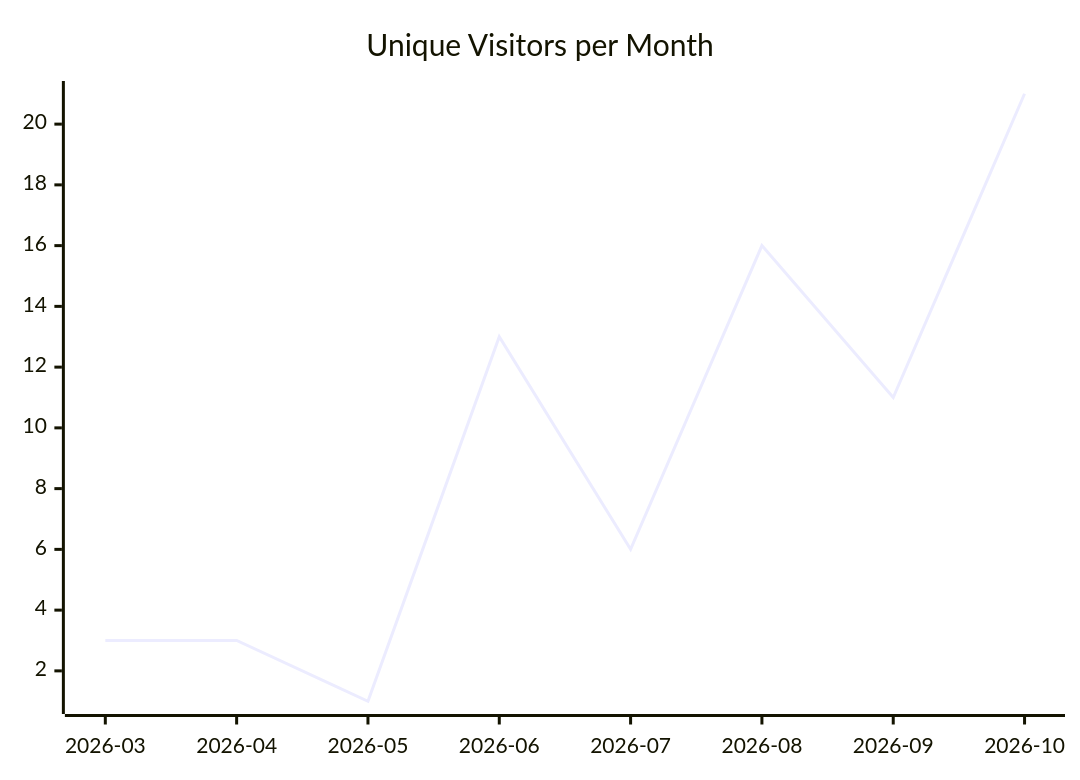
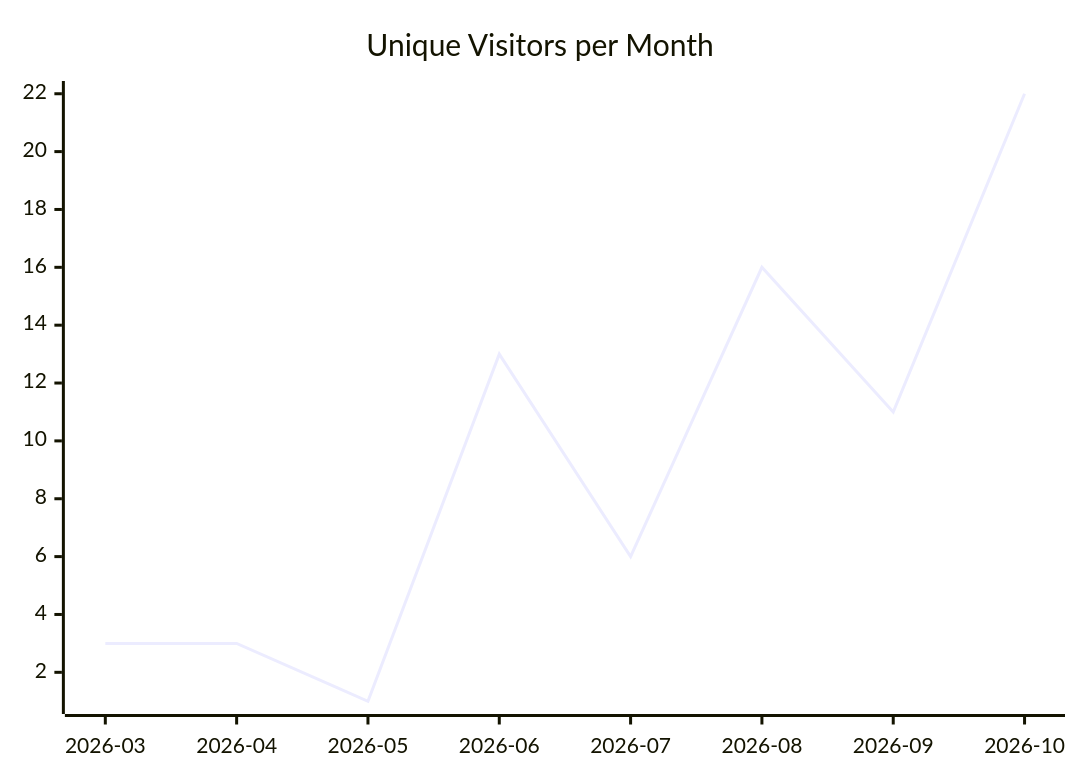
One commit to justdavis-family/github-analytics-data changed the first of 3 diagrams in karlmdavis/rps-tourney/README.md. Above: the diagram before and after it, drawn with Mermaid. The commit also changed other lines of this file and 200 other files, not shown here.

````diff
--- a/karlmdavis/rps-tourney/README.md
+++ b/karlmdavis/rps-tourney/README.md
@@ -5,6 +5,6 @@
 ```mermaid
 xychart-beta
   title "Unique Visitors per Month"
   x-axis ["2026-03", "2026-04", "2026-05", "2026-06", "2026-07", "2026-08", "2026-09", "2026-10"]
-  line [3, 3, 1, 13, 6, 16, 11, 21]
+  line [3, 3, 1, 13, 6, 16, 11, 22]
 ```
````
